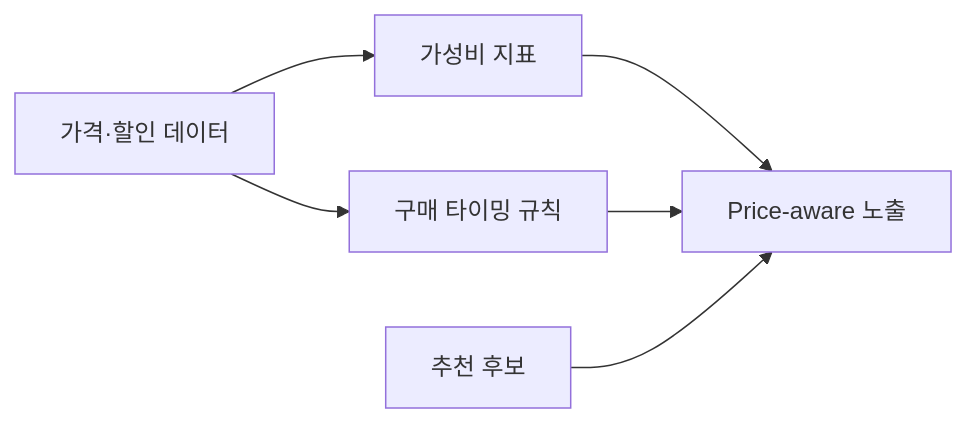
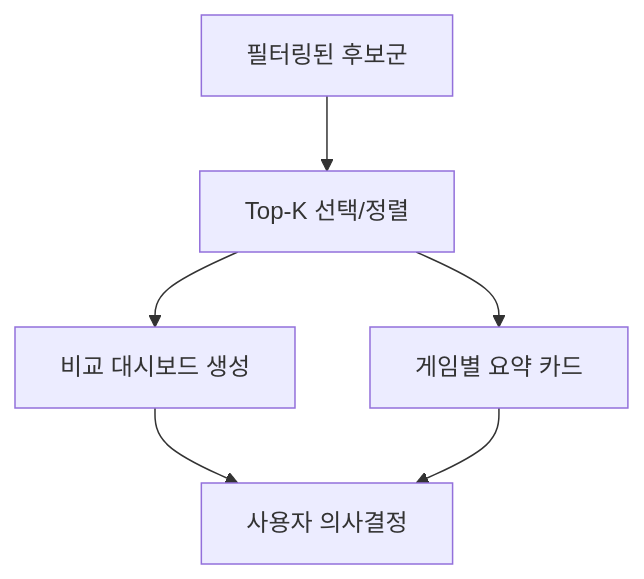
One commit to Game-recommend-sys-agent/Steam_Game_Recommand_Agent changed the ninth of 11 diagrams in docs/workflow.md. Above: the diagram before and after it, drawn with Mermaid. The commit also changed other lines of this file and 5 other files, not shown here.

````diff
--- a/docs/workflow.md
+++ b/docs/workflow.md
@@ -329,13 +171,8 @@
 ```mermaid
-flowchart LR
-    Price[가격·할인 데이터]
-    Value[가성비 지표]
-    Timing[구매 타이밍 규칙]
-    Rec[추천 후보]
-    Out[Price-aware 노출]
-    Price --> Value
-    Price --> Timing
-    Value --> Out
-    Timing --> Out
-    Rec --> Out
+flowchart TB
+    In[필터링된 후보군] --> TopK[Top-K 선택/정렬]
+    TopK --> Dash[비교 대시보드 생성]
+    TopK --> Cards[게임별 요약 카드]
+    Dash --> Out[사용자 의사결정]
+    Cards --> Out
 ```
````
